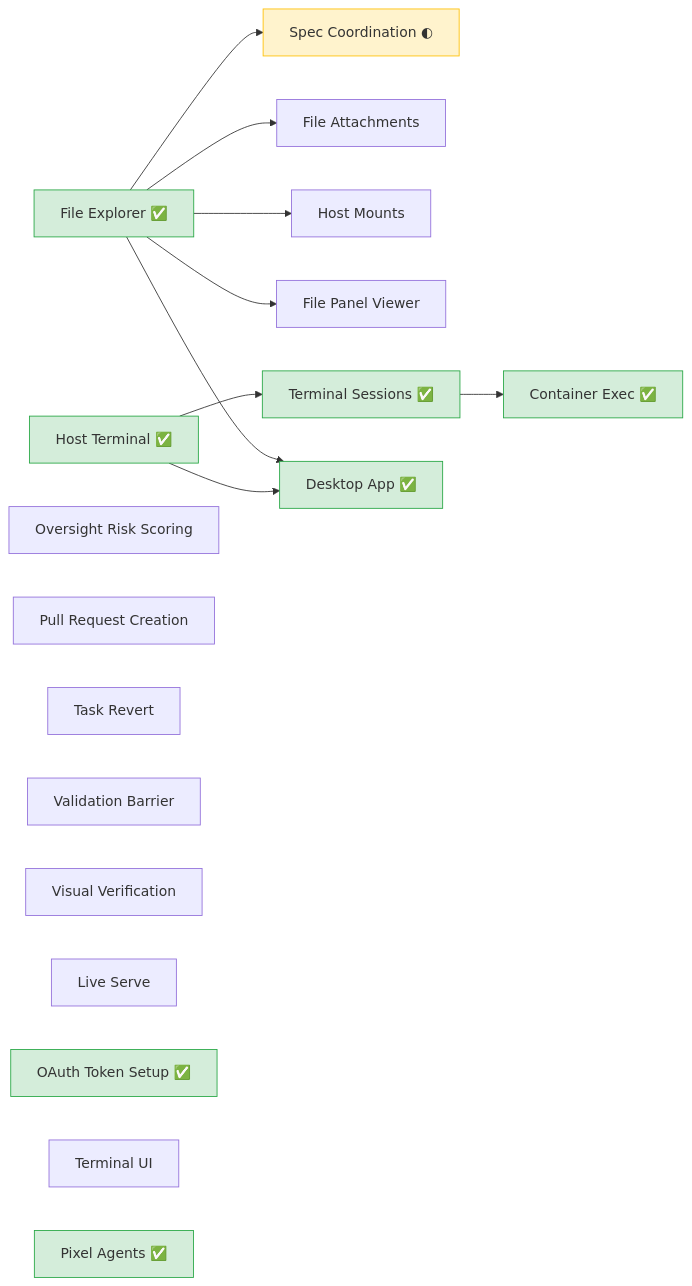
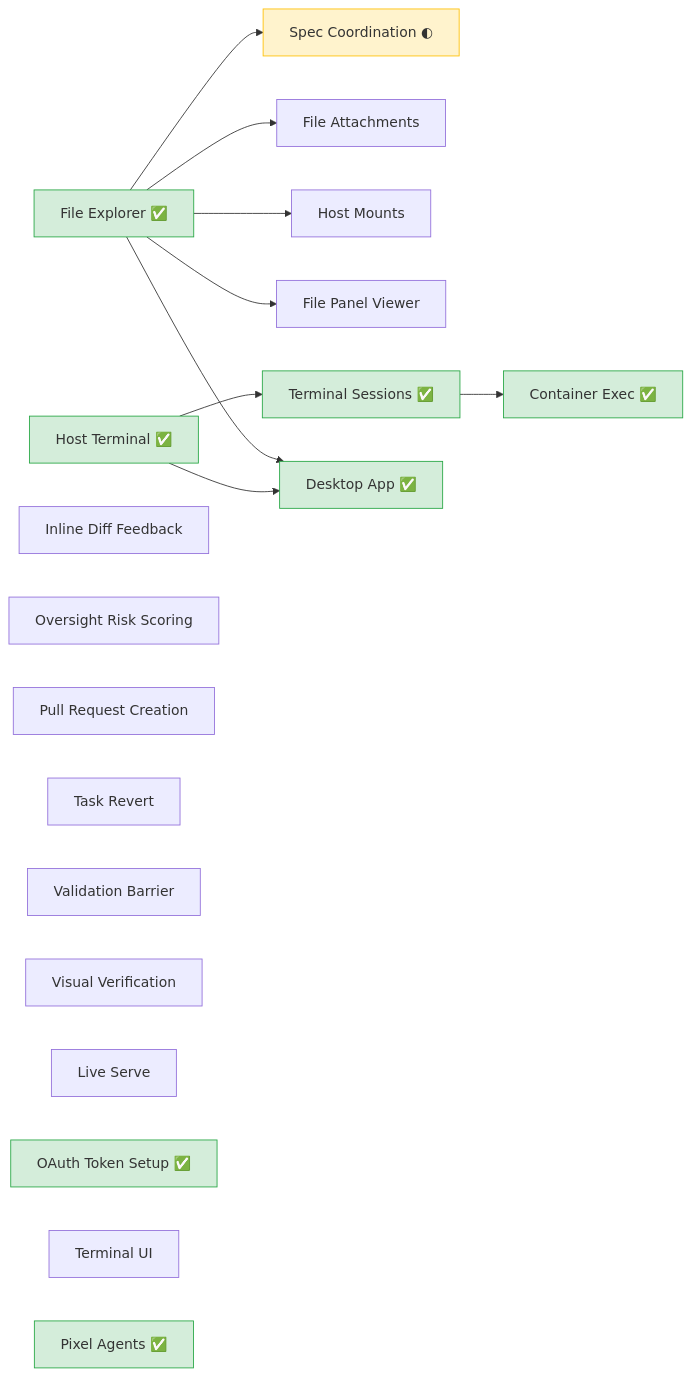
One commit to changkun/wallfacer changed the first of 3 diagrams in specs/README.md. Above: the diagram before and after it, drawn with Mermaid. The commit also changed other lines of this file and 1 other file, not shown here.

Commit message:
specs: add inline-diff-feedback spec for code-review-style batch feedback

````diff
--- a/specs/README.md
+++ b/specs/README.md
@@ -90,29 +92,30 @@
 ```mermaid
 graph LR
   FE[File Explorer ✅] --> SC[Spec Coordination ◐]
   FE --> FA[File Attachments]
   FE --> HM[Host Mounts]
   FE --> FPV[File Panel Viewer]
   HT[Host Terminal ✅] --> TS[Terminal Sessions ✅] --> CE[Container Exec ✅]
   FE --> DA[Desktop App ✅]
   HT --> DA
 
+  IDF[Inline Diff Feedback]
   ORS[Oversight Risk Scoring]
   PR[Pull Request Creation]
   TR[Task Revert]
   VB[Validation Barrier]
   VV[Visual Verification]
   LS[Live Serve]
   OTS[OAuth Token Setup ✅]
   TUI[Terminal UI]
   PA[Pixel Agents ✅]
 
   style FE fill:#d4edda,stroke:#28a745
   style HT fill:#d4edda,stroke:#28a745
   style TS fill:#d4edda,stroke:#28a745
   style CE fill:#d4edda,stroke:#28a745
   style DA fill:#d4edda,stroke:#28a745
   style OTS fill:#d4edda,stroke:#28a745
   style PA fill:#d4edda,stroke:#28a745
   style SC fill:#fff3cd,stroke:#ffc107
 ```
````
